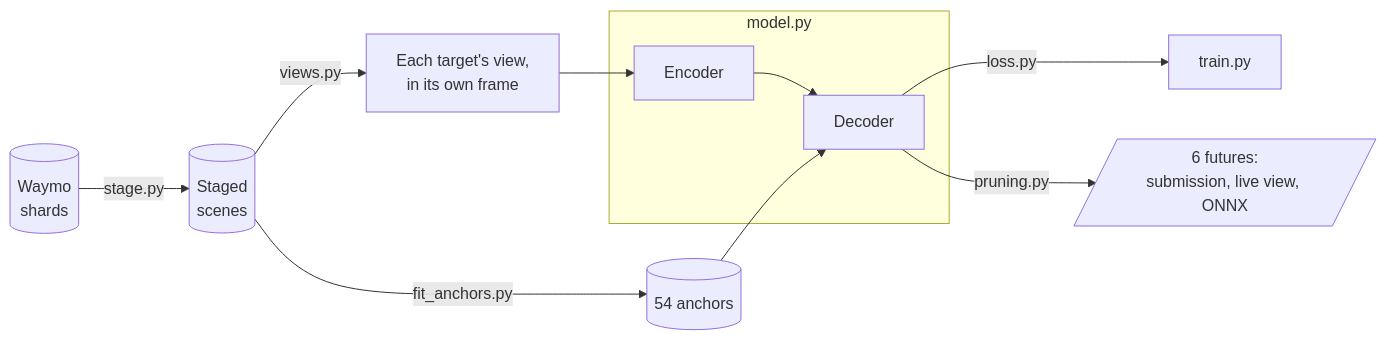
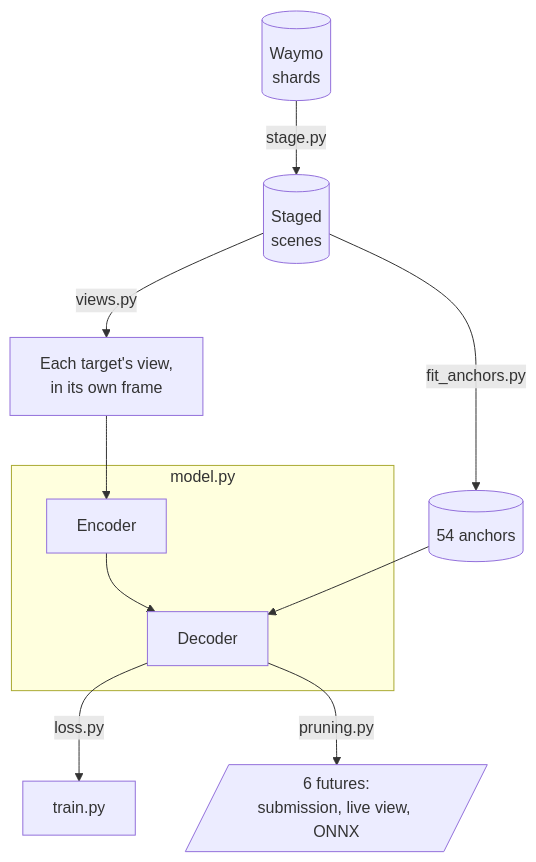
Before and after one commit to Scott-Grew/MotionNet-avPrediction: the diagram in README.md, drawn with Mermaid.

Commit message:
lay the architecture chart out top to bottom

````diff
--- a/README.md
+++ b/README.md
@@ -61,13 +61,13 @@
 ```mermaid
-flowchart LR
+flowchart TB
     RAW[("Waymo<br/>shards")] -->|stage.py| STAGED[("Staged<br/>scenes")]
     STAGED -->|views.py| VIEW["Each target's view,<br/>in its own frame"]
     STAGED -->|fit_anchors.py| ANCHORS[("54 anchors")]
     subgraph MODEL["model.py"]
         ENCODER["Encoder"] --> DECODER["Decoder"]
     end
     VIEW --> ENCODER
     ANCHORS --> DECODER
     DECODER -->|loss.py| TRAIN["train.py"]
     DECODER -->|pruning.py| OUT[/"6 futures:<br/>submission, live view, ONNX"/]
 ```
````
